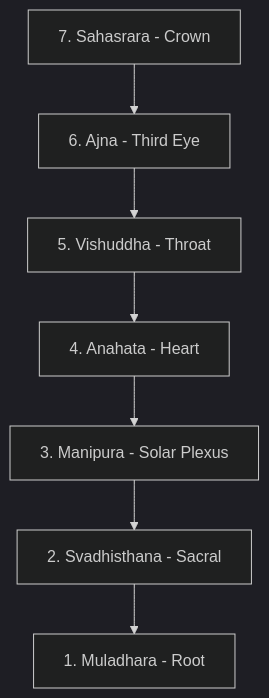
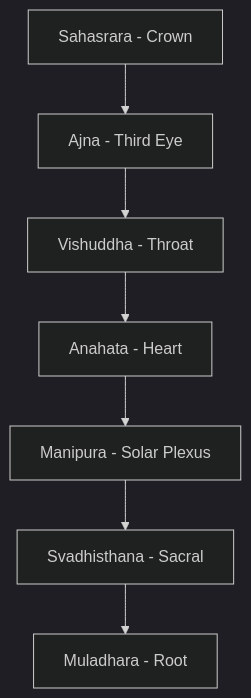
One commit to dyukahi/knowledge changed the first of 3 diagrams in esoterica/Chakra.md. Above: the diagram before and after it, drawn with Mermaid (dark theme). The commit also changed other lines of this file and 1 other file, not shown here.

Commit message:
Fix Chakra Mermaid: remove quotes and special chars

````diff
--- a/esoterica/Chakra.md
+++ b/esoterica/Chakra.md
@@ -18,12 +18,12 @@
 ```mermaid
 flowchart TB
-    C7["7. Sahasrara - Crown"]
-    C6["6. Ajna - Third Eye"]
-    C5["5. Vishuddha - Throat"]
-    C4["4. Anahata - Heart"]
-    C3["3. Manipura - Solar Plexus"]
-    C2["2. Svadhisthana - Sacral"]
-    C1["1. Muladhara - Root"]
+    C7[Sahasrara - Crown]
+    C6[Ajna - Third Eye]
+    C5[Vishuddha - Throat]
+    C4[Anahata - Heart]
+    C3[Manipura - Solar Plexus]
+    C2[Svadhisthana - Sacral]
+    C1[Muladhara - Root]
     
     C7 --> C6 --> C5 --> C4 --> C3 --> C2 --> C1
 ```
````
